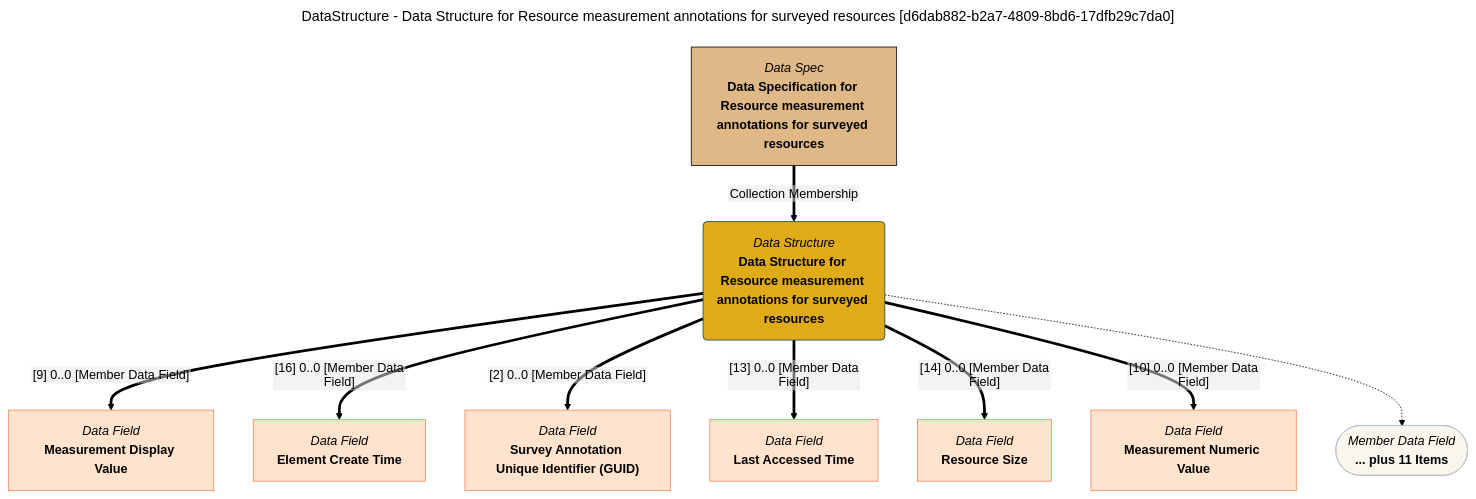
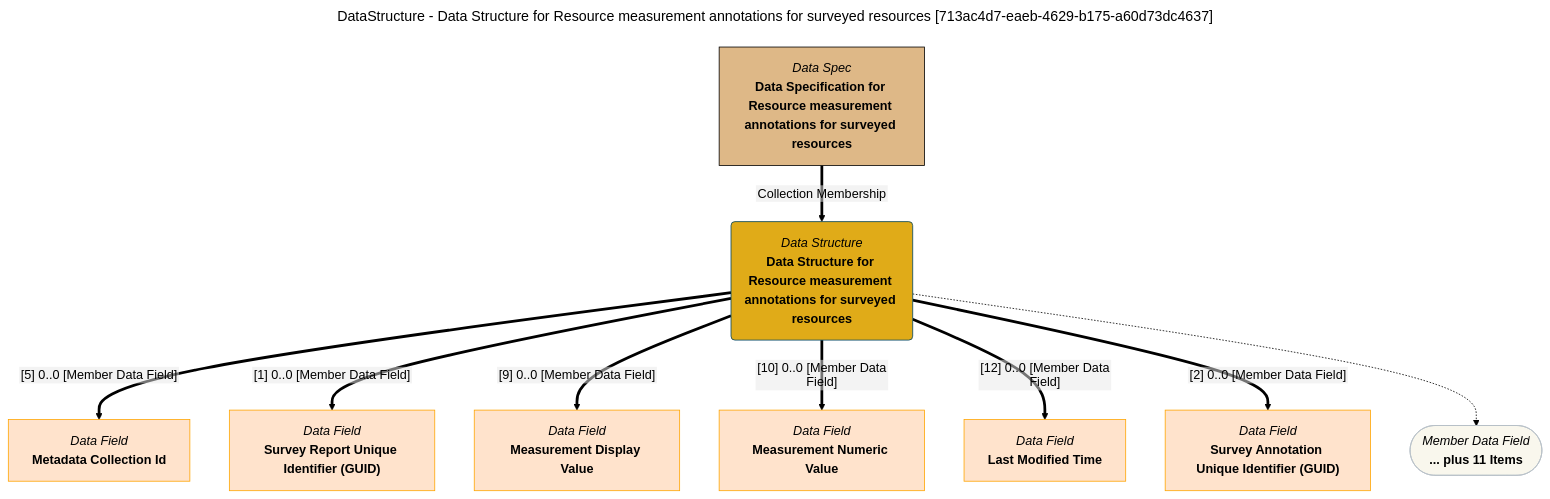
The diagram in site/snippets/data-structures/data-structure-for-resource-measurement-annotations-for-surveyed-resources-mermaid-graph.md (odpi/egeria-docs), drawn with Mermaid (forest theme) before and after one commit. The commit also changed 2201 other files, not shown here.

````diff
--- a/site/snippets/data-structures/data-structure-for-resource-measurement-annotations-for-surveyed-resources-mermaid-graph.md
+++ b/site/snippets/data-structures/data-structure-for-resource-measurement-annotations-for-surveyed-resources-mermaid-graph.md
@@ -1,43 +1,43 @@
 ```mermaid
 ---
-title: DataStructure - Data Structure for Resource measurement annotations for surveyed resources [d6dab882-b2a7-4809-8bd6-17dfb29c7da0]
+title: DataStructure - Data Structure for Resource measurement annotations for surveyed resources [713ac4d7-eaeb-4629-b175-a60d73dc4637]
 ---
 flowchart TD
 %%{init: {"flowchart": {"htmlLabels": false}} }%%
 
 1@{ shape: rounded, label: "*Data Structure*
 **Data Structure for Resource measurement annotations for surveyed resources**"}
 2@{ shape: rect, label: "*Data Spec*
 **Data Specification for Resource measurement annotations for surveyed resources**"}
 2==>|"Collection Membership"|1
 3@{ shape: rect, label: "*Data Field*
+**Metadata Collection Id**"}
+1==>|"[5] 0..0 [Member Data Field]"|3
+4@{ shape: rect, label: "*Data Field*
+**Survey Report Unique Identifier (GUID)**"}
+1==>|"[1] 0..0 [Member Data Field]"|4
+5@{ shape: rect, label: "*Data Field*
 **Measurement Display Value**"}
-1==>|"[9] 0..0 [Member Data Field]"|3
-4@{ shape: rect, label: "*Data Field*
-**Element Create Time**"}
-1==>|"[16] 0..0 [Member Data Field]"|4
-5@{ shape: rect, label: "*Data Field*
+1==>|"[9] 0..0 [Member Data Field]"|5
+6@{ shape: rect, label: "*Data Field*
+**Measurement Numeric Value**"}
+1==>|"[10] 0..0 [Member Data Field]"|6
+7@{ shape: rect, label: "*Data Field*
+**Last Modified Time**"}
+1==>|"[12] 0..0 [Member Data Field]"|7
+8@{ shape: rect, label: "*Data Field*
 **Survey Annotation Unique Identifier (GUID)**"}
-1==>|"[2] 0..0 [Member Data Field]"|5
-6@{ shape: rect, label: "*Data Field*
-**Last Accessed Time**"}
-1==>|"[13] 0..0 [Member Data Field]"|6
-7@{ shape: rect, label: "*Data Field*
-**Resource Size**"}
-1==>|"[14] 0..0 [Member Data Field]"|7
-8@{ shape: rect, label: "*Data Field*
-**Measurement Numeric Value**"}
-1==>|"[10] 0..0 [Member Data Field]"|8
+1==>|"[2] 0..0 [Member Data Field]"|8
 9@{ shape: stadium, label: "*Member Data Field*
 **... plus 11 Items**"}
 1-.->9
 style 1 color:#000000, fill:#e0ab18, stroke:#004563
-style 2 color:#000000, fill:#deb887, stroke:#000000
-style 3 color:#000000, fill:#ffe3cc, stroke:#f9845b
-style 4 color:#000000, fill:#ffe3cc, stroke:#f9845b
-style 5 color:#000000, fill:#ffe3cc, stroke:#f9845b
-style 6 color:#000000, fill:#ffe3cc, stroke:#f9845b
-style 7 color:#000000, fill:#ffe3cc, stroke:#f9845b
-style 8 color:#000000, fill:#ffe3cc, stroke:#f9845b
+style 2 color:#000000, fill:#DEB887, stroke:#000000
+style 3 color:#000000, fill:#ffe3cc, stroke:#FFA500
+style 4 color:#000000, fill:#ffe3cc, stroke:#FFA500
+style 5 color:#000000, fill:#ffe3cc, stroke:#FFA500
+style 6 color:#000000, fill:#ffe3cc, stroke:#FFA500
+style 7 color:#000000, fill:#ffe3cc, stroke:#FFA500
+style 8 color:#000000, fill:#ffe3cc, stroke:#FFA500
 style 9 color:#000000, fill:#F9F7ED, stroke:#b7c0c7
 ```
````
